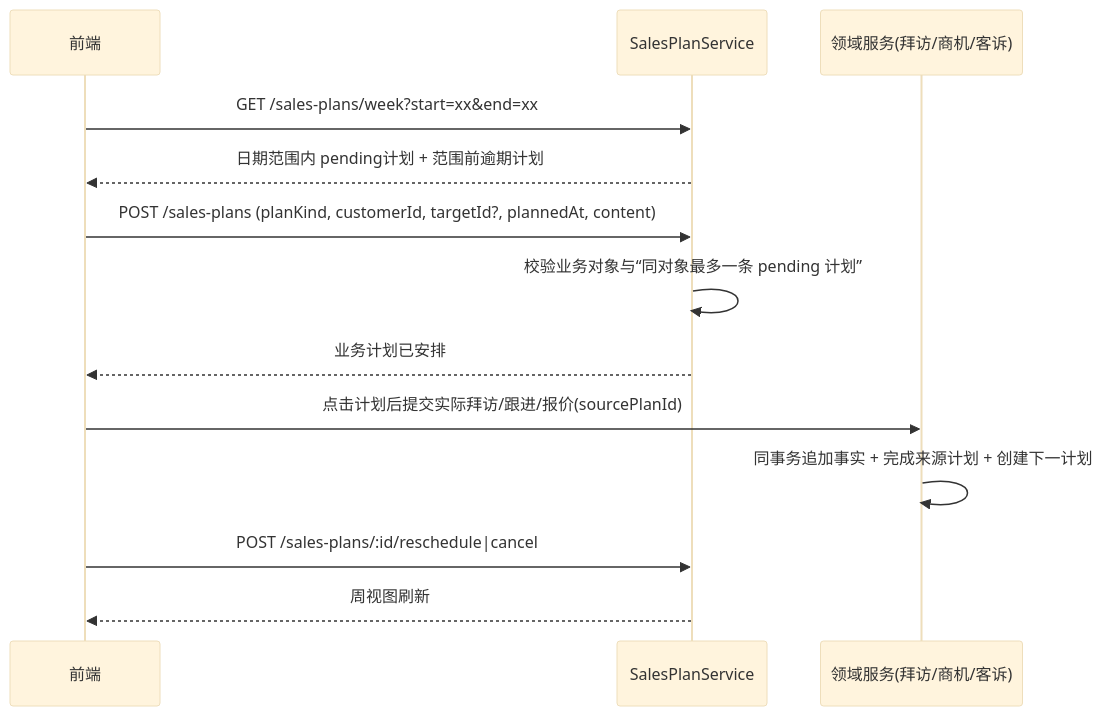
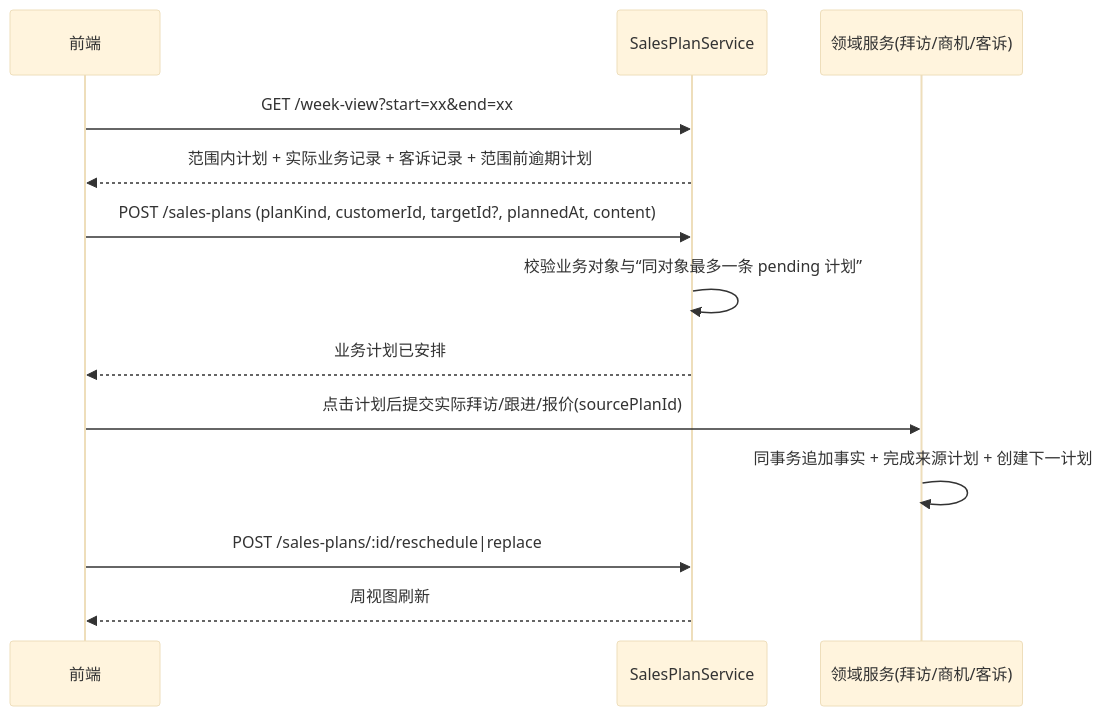
Diagram 21 of 26 in docs/重构架构决策与实施蓝图.md (lixiname/LITECRM), drawn with Mermaid (base theme) before and after one commit. The commit also changed other lines of this file and 28 other files, not shown here.

````diff
--- a/docs/重构架构决策与实施蓝图.md
+++ b/docs/重构架构决策与实施蓝图.md
@@ -1197,15 +1197,15 @@
 ```mermaid
 sequenceDiagram
     participant C as 前端
     participant P as SalesPlanService
     participant B as 领域服务(拜访/商机/客诉)
-    C->>P: GET /sales-plans/week?start=xx&end=xx
-    P-->>C: 日期范围内 pending计划 + 范围前逾期计划
+    C->>P: GET /week-view?start=xx&end=xx
+    P-->>C: 范围内计划 + 实际业务记录 + 客诉记录 + 范围前逾期计划
     C->>P: POST /sales-plans (planKind, customerId, targetId?, plannedAt, content)
     P->>P: 校验业务对象与“同对象最多一条 pending 计划”
     P-->>C: 业务计划已安排
     C->>B: 点击计划后提交实际拜访/跟进/报价(sourcePlanId)
     B->>B: 同事务追加事实 + 完成来源计划 + 创建下一计划
-    C->>P: POST /sales-plans/:id/reschedule|cancel
+    C->>P: POST /sales-plans/:id/reschedule|replace
     P-->>C: 周视图刷新
 ```
````
